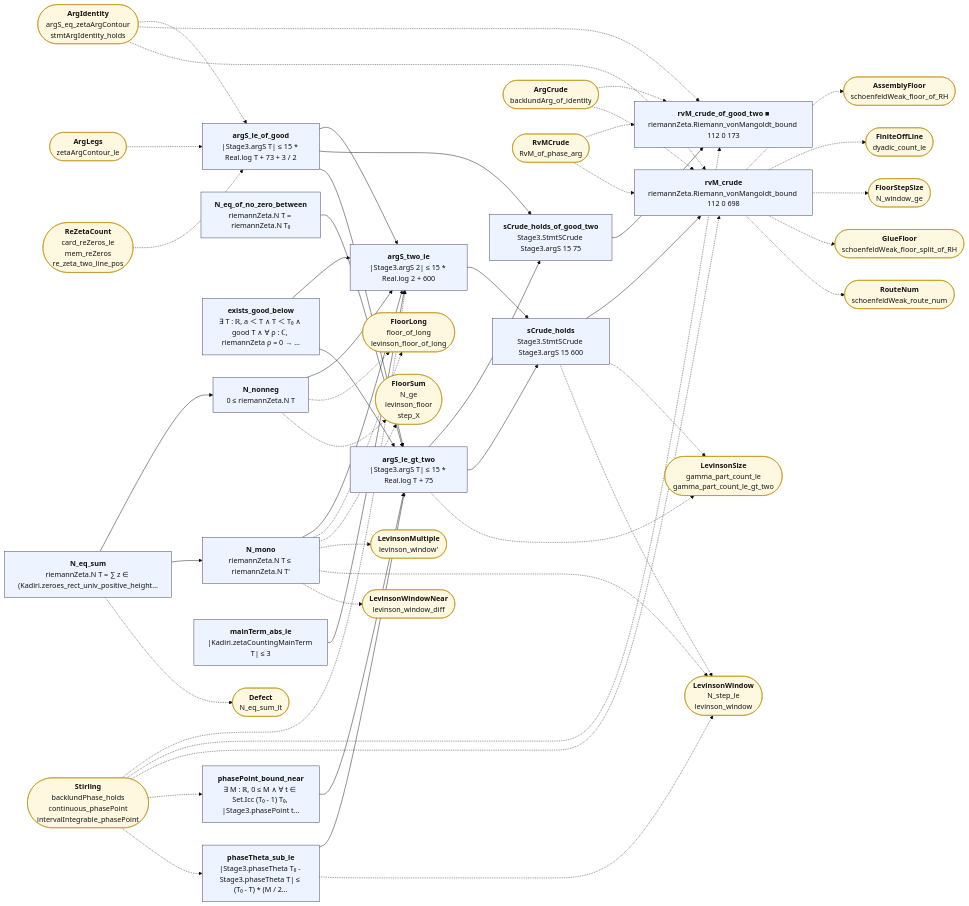
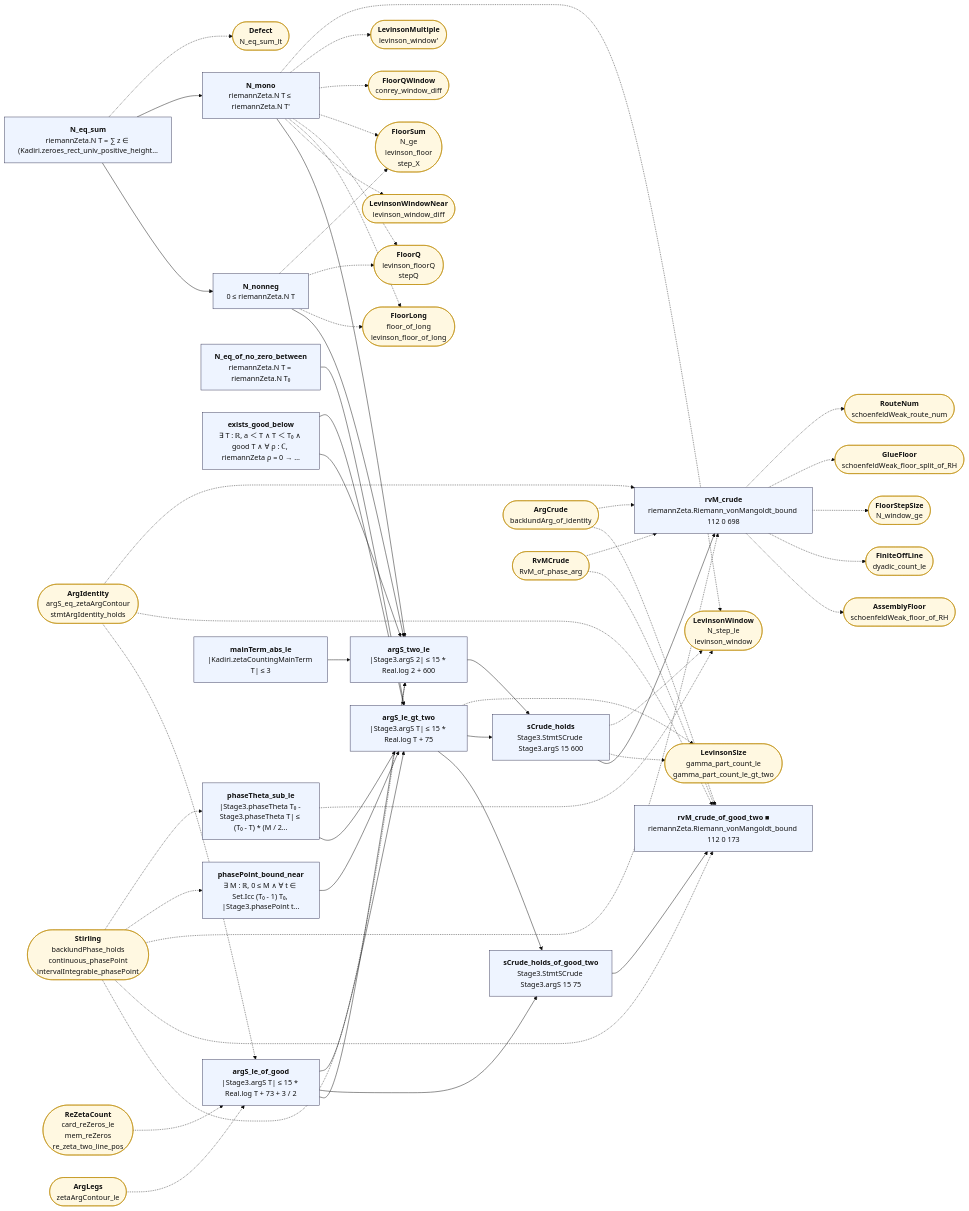
One commit to juliansambranojr/Primebeat_081426 changed the diagram in map/lean_stage3/ArgCount.md. Above: the diagram before and after it, drawn with Mermaid (base theme). The commit also changed other lines of this file and 70 other files, not shown here.

```diff
--- a/map/lean_stage3/ArgCount.md
+++ b/map/lean_stage3/ArgCount.md
@@ -31,19 +31,21 @@
   x2(["<b>ReZetaCount</b><br/>card_reZeros_le<br/>mem_reZeros<br/>re_zeta_two_line_pos"]):::ext
   x3(["<b>Defect</b><br/>N_eq_sum_lt"]):::ext
   x4(["<b>FloorLong</b><br/>floor_of_long<br/>levinson_floor_of_long"]):::ext
-  x5(["<b>FloorSum</b><br/>N_ge<br/>levinson_floor<br/>step_X"]):::ext
-  x6(["<b>LevinsonMultiple</b><br/>levinson_window'"]):::ext
-  x7(["<b>LevinsonWindow</b><br/>N_step_le<br/>levinson_window"]):::ext
-  x8(["<b>LevinsonWindowNear</b><br/>levinson_window_diff"]):::ext
-  x9(["<b>Stirling</b><br/>backlundPhase_holds<br/>continuous_phasePoint<br/>intervalIntegrable_phasePoint"]):::ext
-  x10(["<b>LevinsonSize</b><br/>gamma_part_count_le<br/>gamma_part_count_le_gt_two"]):::ext
-  x11(["<b>ArgCrude</b><br/>backlundArg_of_identity"]):::ext
-  x12(["<b>RvMCrude</b><br/>RvM_of_phase_arg"]):::ext
-  x13(["<b>AssemblyFloor</b><br/>schoenfeldWeak_floor_of_RH"]):::ext
-  x14(["<b>FiniteOffLine</b><br/>dyadic_count_le"]):::ext
-  x15(["<b>FloorStepSize</b><br/>N_window_ge"]):::ext
-  x16(["<b>GlueFloor</b><br/>schoenfeldWeak_floor_split_of_RH"]):::ext
-  x17(["<b>RouteNum</b><br/>schoenfeldWeak_route_num"]):::ext
+  x5(["<b>FloorQ</b><br/>levinson_floorQ<br/>stepQ"]):::ext
+  x6(["<b>FloorSum</b><br/>N_ge<br/>levinson_floor<br/>step_X"]):::ext
+  x7(["<b>FloorQWindow</b><br/>conrey_window_diff"]):::ext
+  x8(["<b>LevinsonMultiple</b><br/>levinson_window'"]):::ext
+  x9(["<b>LevinsonWindow</b><br/>N_step_le<br/>levinson_window"]):::ext
+  x10(["<b>LevinsonWindowNear</b><br/>levinson_window_diff"]):::ext
+  x11(["<b>Stirling</b><br/>backlundPhase_holds<br/>continuous_phasePoint<br/>intervalIntegrable_phasePoint"]):::ext
+  x12(["<b>LevinsonSize</b><br/>gamma_part_count_le<br/>gamma_part_count_le_gt_two"]):::ext
+  x13(["<b>ArgCrude</b><br/>backlundArg_of_identity"]):::ext
+  x14(["<b>RvMCrude</b><br/>RvM_of_phase_arg"]):::ext
+  x15(["<b>AssemblyFloor</b><br/>schoenfeldWeak_floor_of_RH"]):::ext
+  x16(["<b>FiniteOffLine</b><br/>dyadic_count_le"]):::ext
+  x17(["<b>FloorStepSize</b><br/>N_window_ge"]):::ext
+  x18(["<b>GlueFloor</b><br/>schoenfeldWeak_floor_split_of_RH"]):::ext
+  x19(["<b>RouteNum</b><br/>schoenfeldWeak_route_num"]):::ext
   n0 --> n10
   n0 --> n11
   n0 --> n8
@@ -63,36 +65,39 @@
   n8 --> n12
   n9 --> n10
   n1 -.-> x3
-  n12 -.-> x10
-  n12 -.-> x7
-  n14 -.-> x13
-  n14 -.-> x14
+  n12 -.-> x12
+  n12 -.-> x9
   n14 -.-> x15
   n14 -.-> x16
   n14 -.-> x17
+  n14 -.-> x18
+  n14 -.-> x19
   n2 -.-> x4
   n2 -.-> x5
+  n2 -.-> x6
+  n3 -.-> x10
   n3 -.-> x4
   n3 -.-> x5
   n3 -.-> x6
   n3 -.-> x7
   n3 -.-> x8
-  n7 -.-> x7
-  n8 -.-> x10
+  n3 -.-> x9
+  n7 -.-> x9
+  n8 -.-> x12
   x0 -.-> n0
   x0 -.-> n13
   x0 -.-> n14
   x1 -.-> n0
+  x11 -.-> n10
   x11 -.-> n13
   x11 -.-> n14
-  x12 -.-> n13
-  x12 -.-> n14
+  x11 -.-> n6
+  x11 -.-> n7
+  x13 -.-> n13
+  x13 -.-> n14
+  x14 -.-> n13
+  x14 -.-> n14
   x2 -.-> n0
-  x9 -.-> n10
-  x9 -.-> n13
-  x9 -.-> n14
-  x9 -.-> n6
-  x9 -.-> n7
   classDef cnt fill:#dff5ec,stroke:#17694a,color:#111
   classDef shp fill:#f1ecfb,stroke:#5b3fa0,color:#111
   classDef rh fill:#ffe5e5,stroke:#c22,color:#111,stroke-width:2px
```
